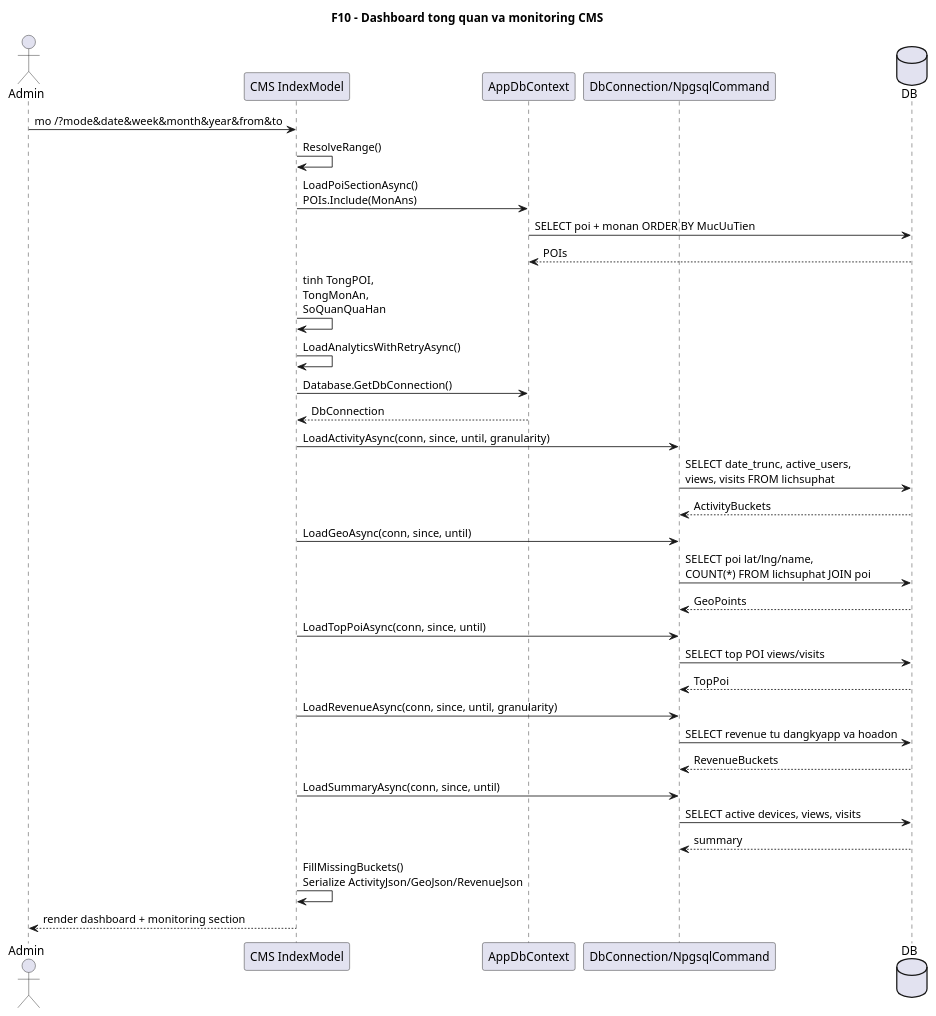
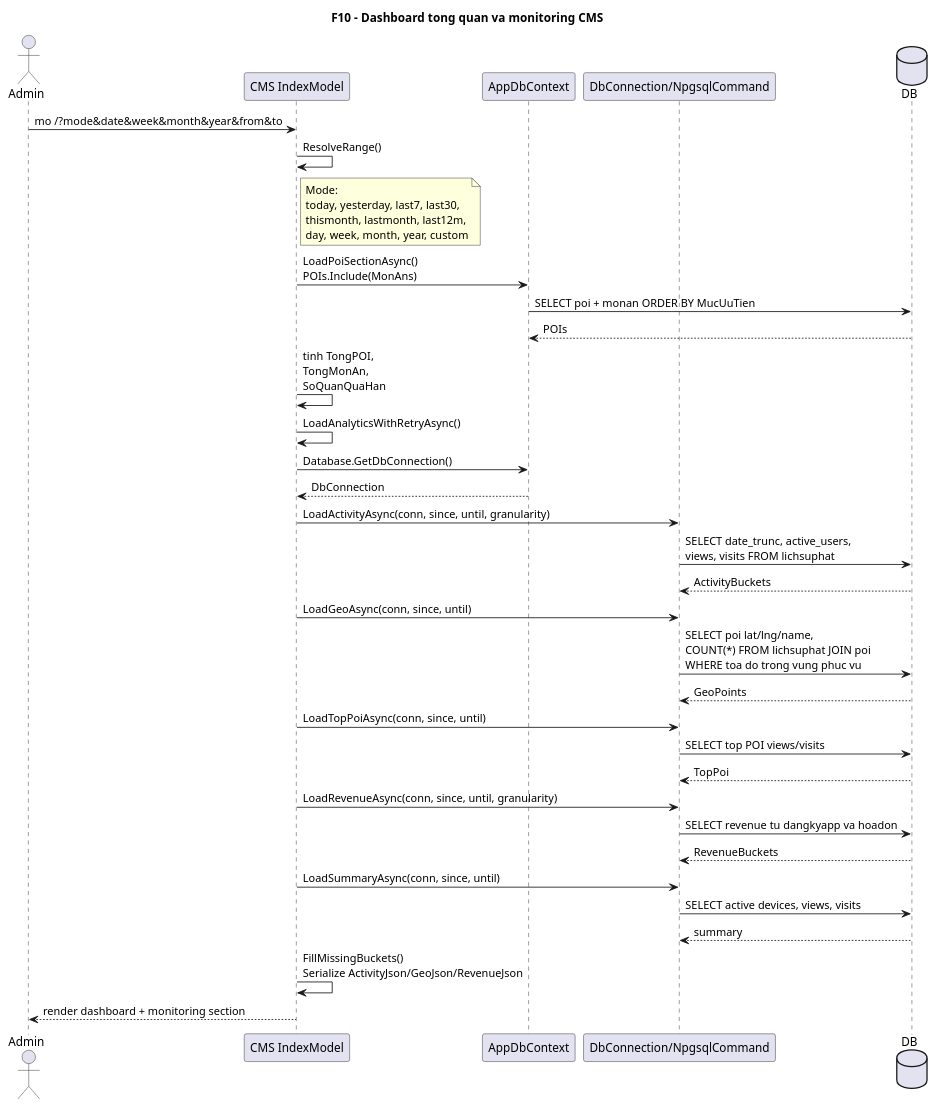
Before and after one commit to VoBao182/PhoAmThuc: the diagram in docs/diagrams/10-dashboard-sequence.puml, drawn with PlantUML. The commit also changed 11 other files, not shown here.

```diff
--- a/docs/diagrams/10-dashboard-sequence.puml
+++ b/docs/diagrams/10-dashboard-sequence.puml
@@ -1,50 +1,56 @@
 @startuml
 ' Diagram: F10 - Dashboard tong quan va monitoring CMS (Sequence)
 ' Status: VERIFIED
 ' Baseline: branch master, current worktree @ HEAD 3158ff7
 ' Source:
 ' - VinhKhanhTour.CMS/Pages/Index.cshtml.cs: OnGetAsync(), ResolveRange(), LoadPoiSectionAsync(), LoadAnalyticsWithRetryAsync(), LoadAnalyticsAsync(), LoadActivityAsync(), LoadGeoAsync(), LoadTopPoiAsync(), LoadRevenueAsync(), LoadSummaryAsync(), FillMissingBuckets()
 ' - VinhKhanhTour.CMS/Pages/Index.cshtml
-' Note: Sequence cap nhat dashboard hien tai: POI section + monitoring analytics dung raw Npgsql tren shared EF connection.
+' Note: Sequence chi tiet hoa ResolveRange(), 2 pha load POI/analytics, shared EF connection, va serialize JSON cho chart/heatmap/revenue.
 title F10 - Dashboard tong quan va monitoring CMS
 
 actor Admin
 participant "CMS IndexModel" as IndexModel
 participant AppDbContext
 participant "DbConnection/NpgsqlCommand" as Npgsql
 database DB
 
 Admin -> IndexModel: mo /?mode&date&week&month&year&from&to
 IndexModel -> IndexModel: ResolveRange()
+note right of IndexModel
+  Mode:
+  today, yesterday, last7, last30,
+  thismonth, lastmonth, last12m,
+  day, week, month, year, custom
+end note
 
 IndexModel -> AppDbContext: LoadPoiSectionAsync()\nPOIs.Include(MonAns)
 AppDbContext -> DB: SELECT poi + monan ORDER BY MucUuTien
 DB --> AppDbContext: POIs
 IndexModel -> IndexModel: tinh TongPOI,\nTongMonAn,\nSoQuanQuaHan
 
 IndexModel -> IndexModel: LoadAnalyticsWithRetryAsync()
 IndexModel -> AppDbContext: Database.GetDbConnection()
 AppDbContext --> IndexModel: DbConnection
 IndexModel -> Npgsql: LoadActivityAsync(conn, since, until, granularity)
 Npgsql -> DB: SELECT date_trunc, active_users,\nviews, visits FROM lichsuphat
 DB --> Npgsql: ActivityBuckets
 
 IndexModel -> Npgsql: LoadGeoAsync(conn, since, until)
-Npgsql -> DB: SELECT poi lat/lng/name,\nCOUNT(*) FROM lichsuphat JOIN poi
+Npgsql -> DB: SELECT poi lat/lng/name,\nCOUNT(*) FROM lichsuphat JOIN poi\nWHERE toa do trong vung phuc vu
 DB --> Npgsql: GeoPoints
 
 IndexModel -> Npgsql: LoadTopPoiAsync(conn, since, until)
 Npgsql -> DB: SELECT top POI views/visits
 DB --> Npgsql: TopPoi
 
 IndexModel -> Npgsql: LoadRevenueAsync(conn, since, until, granularity)
 Npgsql -> DB: SELECT revenue tu dangkyapp va hoadon
 DB --> Npgsql: RevenueBuckets
 
 IndexModel -> Npgsql: LoadSummaryAsync(conn, since, until)
 Npgsql -> DB: SELECT active devices, views, visits
 DB --> Npgsql: summary
 
 IndexModel -> IndexModel: FillMissingBuckets()\nSerialize ActivityJson/GeoJson/RevenueJson
 IndexModel --> Admin: render dashboard + monitoring section
 @enduml
```
